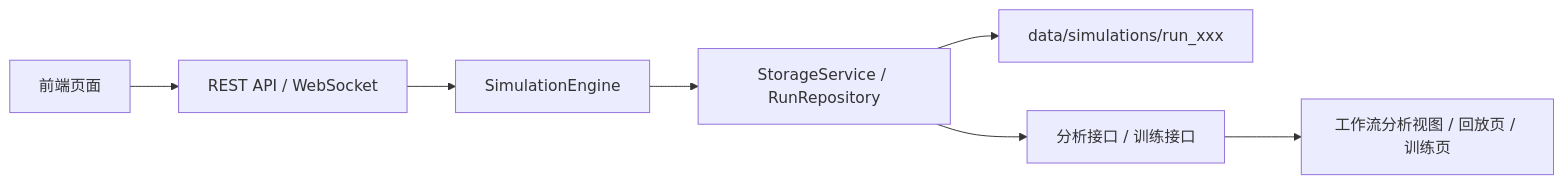
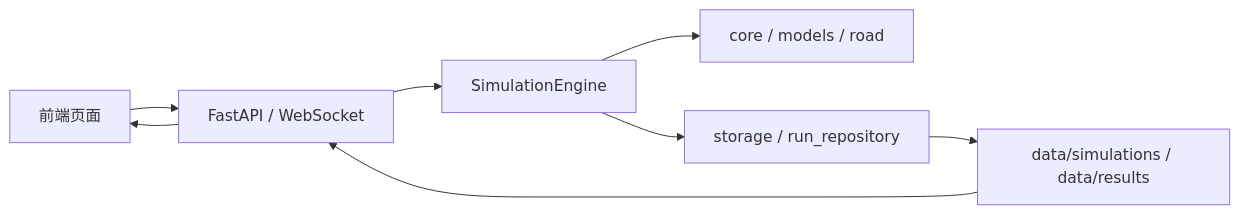
The diagram in docs/system_working_principles.md (Tuzfucius/YULU_simulation), drawn with Mermaid before and after one commit. The commit also changed other lines of this file and 8 other files, not shown here.

````diff
--- a/docs/system_working_principles.md
+++ b/docs/system_working_principles.md
@@ -35,9 +39,10 @@
 ```mermaid
 flowchart LR
-    A["前端页面"] --> B["REST API / WebSocket"]
-    B --> C["SimulationEngine"]
-    C --> D["StorageService / RunRepository"]
-    D --> E["data/simulations/run_xxx"]
-    D --> F["分析接口 / 训练接口"]
-    F --> G["工作流分析视图 / 回放页 / 训练页"]
+    UI["前端页面"] --> API["FastAPI / WebSocket"]
+    API --> ENG["SimulationEngine"]
+    ENG --> DOM["core / models / road"]
+    ENG --> STG["storage / run_repository"]
+    STG --> HIST["data/simulations / data/results"]
+    HIST --> API
+    API --> UI
 ```
````
